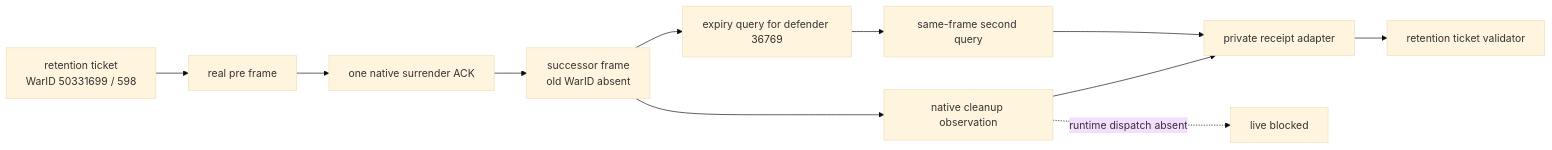
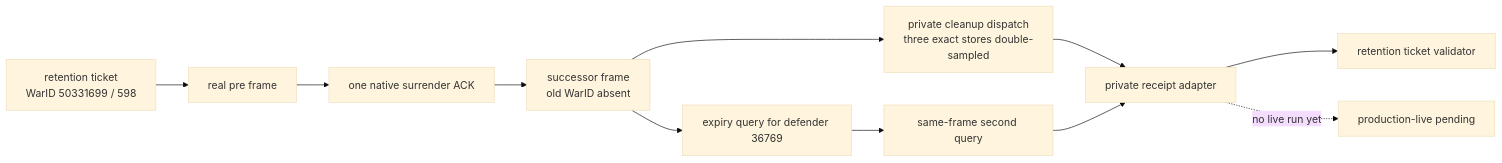
One commit to XenoAmess/ck3_eternal_recurrence changed the diagram in docs/ck3-native-ai/g2-postwar-cleanup-expiry-adapter-2026-09-04.md. Above: the diagram before and after it, drawn with Mermaid (base theme). The commit also changed other lines of this file and 18 other files, not shown here.

Commit message:
Add private G2 war-bound cleanup dispatch

````diff
--- a/docs/ck3-native-ai/g2-postwar-cleanup-expiry-adapter-2026-09-04.md
+++ b/docs/ck3-native-ai/g2-postwar-cleanup-expiry-adapter-2026-09-04.md
@@ -29,13 +35,13 @@
 ```mermaid
 flowchart LR
     T[retention ticket<br/>WarID 50331699 / 598] --> P[real pre frame]
     P --> A[one native surrender ACK]
     A --> W[successor frame<br/>old WarID absent]
-    W --> C[native cleanup observation]
+    W --> C[private cleanup dispatch<br/>three exact stores double-sampled]
     W --> E1[expiry query for defender 36769]
     E1 --> E2[same-frame second query]
     C --> R[private receipt adapter]
     E2 --> R
     R --> V[retention ticket validator]
-    C -. runtime dispatch absent .-> B[live blocked]
+    R -. no live run yet .-> B[production-live pending]
 ```
````
